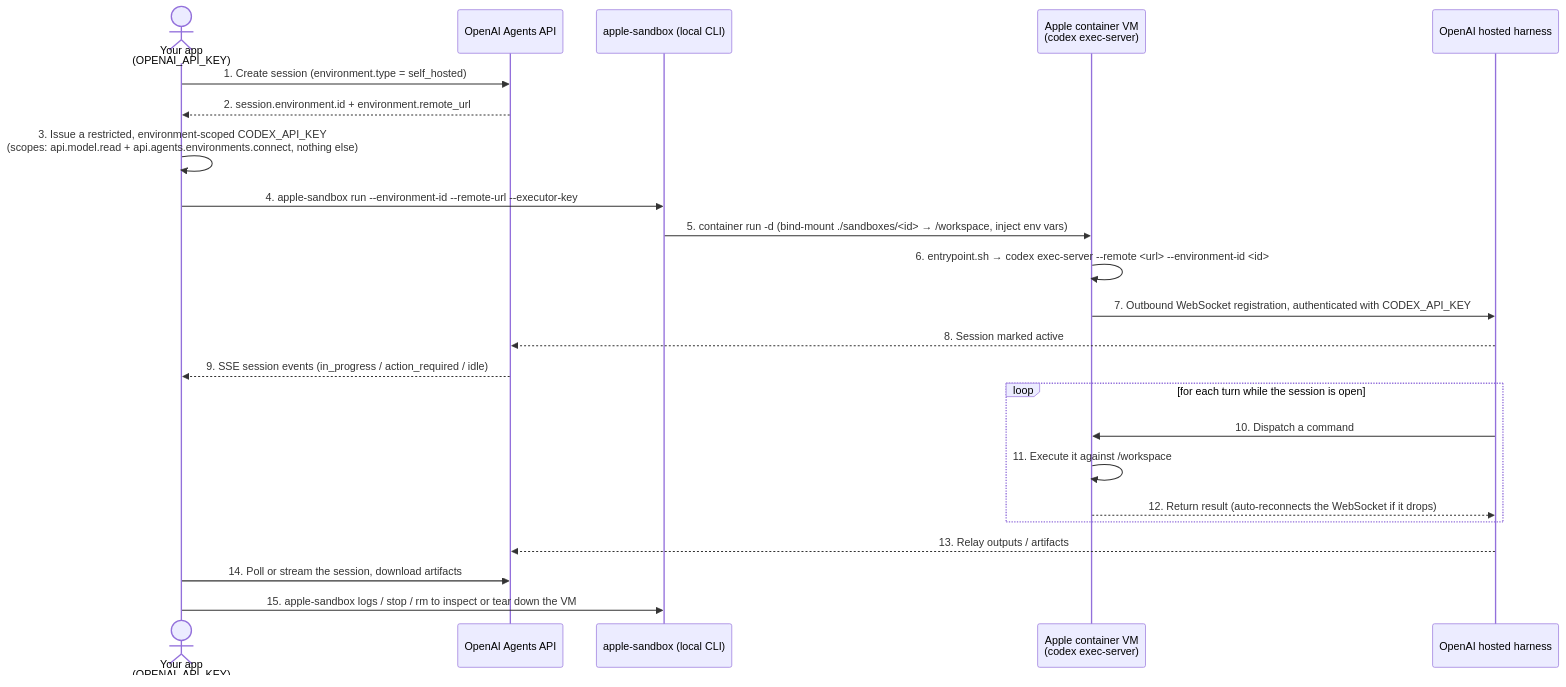
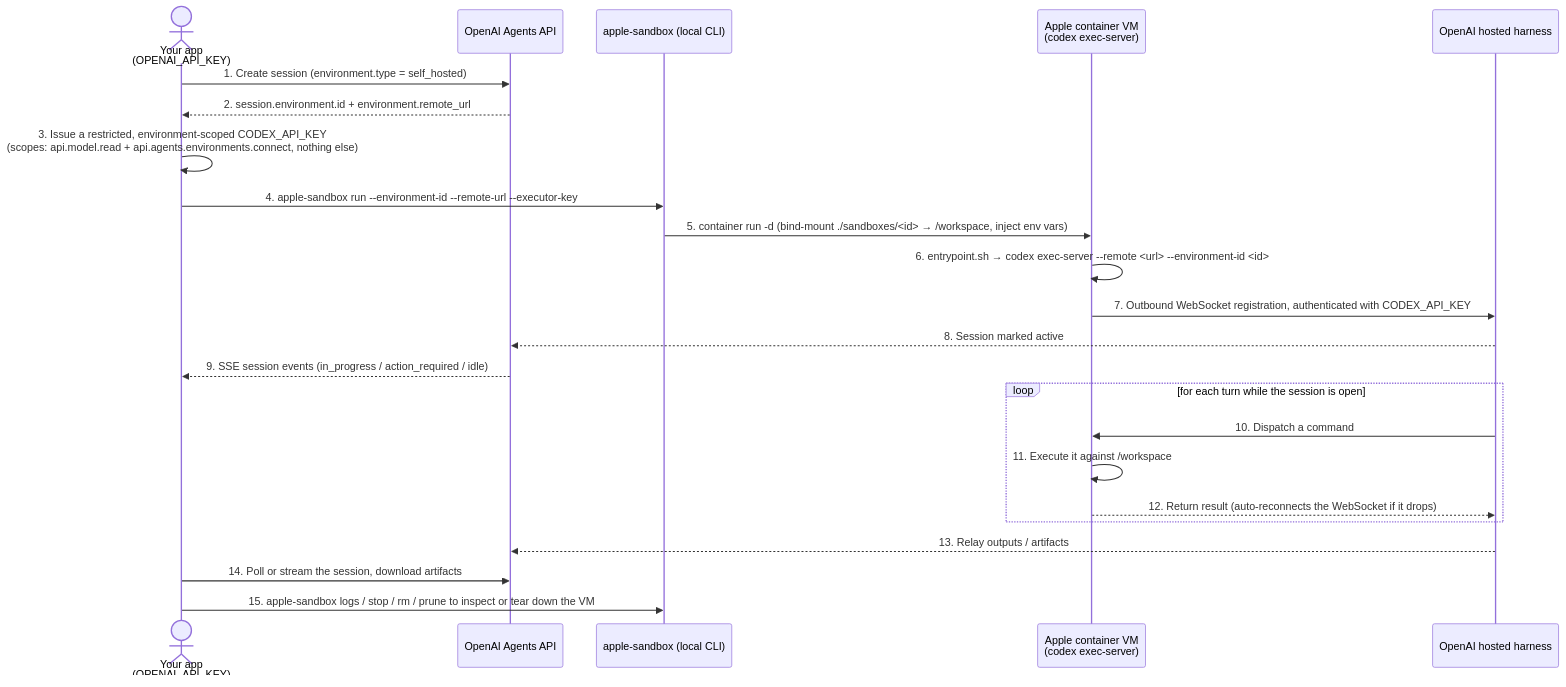
One commit to sugarforever/apple-sandbox changed the diagram in README.md. Above: the diagram before and after it, drawn with Mermaid. The commit also changed other lines of this file and 3 other files, not shown here.

````diff
--- a/README.md
+++ b/README.md
@@ -203,28 +228,28 @@
 ```mermaid
 sequenceDiagram
     actor App as Your app<br/>(OPENAI_API_KEY)
     participant Agents as OpenAI Agents API
     participant CLI as apple-sandbox (local CLI)
     participant VM as Apple container VM<br/>(codex exec-server)
     participant Harness as OpenAI hosted harness
 
     App->>Agents: 1. Create session (environment.type = self_hosted)
     Agents-->>App: 2. session.environment.id + environment.remote_url
     App->>App: 3. Issue a restricted, environment-scoped CODEX_API_KEY<br/>(scopes: api.model.read + api.agents.environments.connect, nothing else)
     App->>CLI: 4. apple-sandbox run --environment-id --remote-url --executor-key
     CLI->>VM: 5. container run -d (bind-mount ./sandboxes/<id> → /workspace, inject env vars)
     VM->>VM: 6. entrypoint.sh → codex exec-server --remote <url> --environment-id <id>
     VM->>Harness: 7. Outbound WebSocket registration, authenticated with CODEX_API_KEY
     Harness-->>Agents: 8. Session marked active
     Agents-->>App: 9. SSE session events (in_progress / action_required / idle)
 
     loop for each turn while the session is open
         Harness->>VM: 10. Dispatch a command
         VM->>VM: 11. Execute it against /workspace
         VM-->>Harness: 12. Return result (auto-reconnects the WebSocket if it drops)
     end
 
     Harness-->>Agents: 13. Relay outputs / artifacts
     App->>Agents: 14. Poll or stream the session, download artifacts
-    App->>CLI: 15. apple-sandbox logs / stop / rm to inspect or tear down the VM
+    App->>CLI: 15. apple-sandbox logs / stop / rm / prune to inspect or tear down the VM
 ```
````
